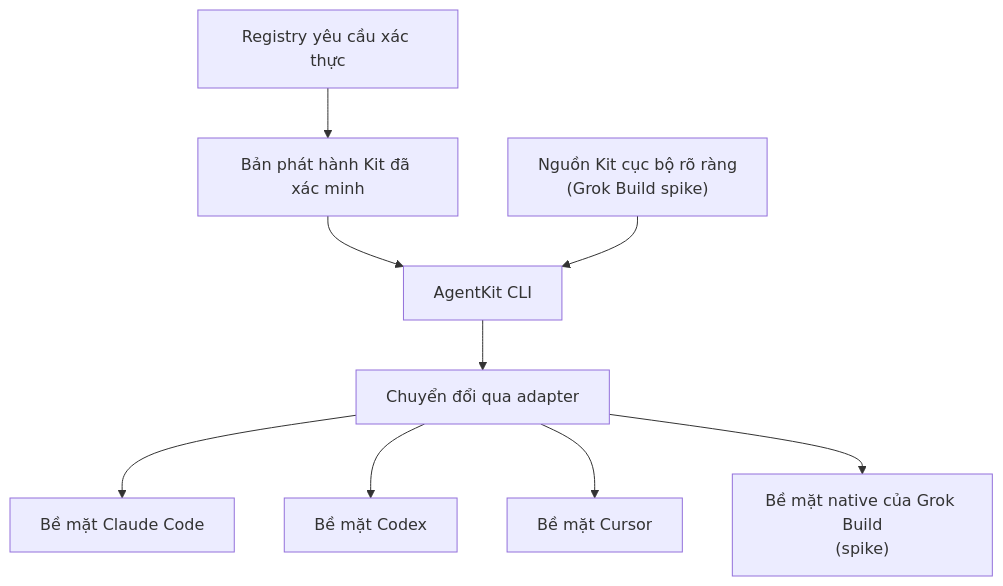
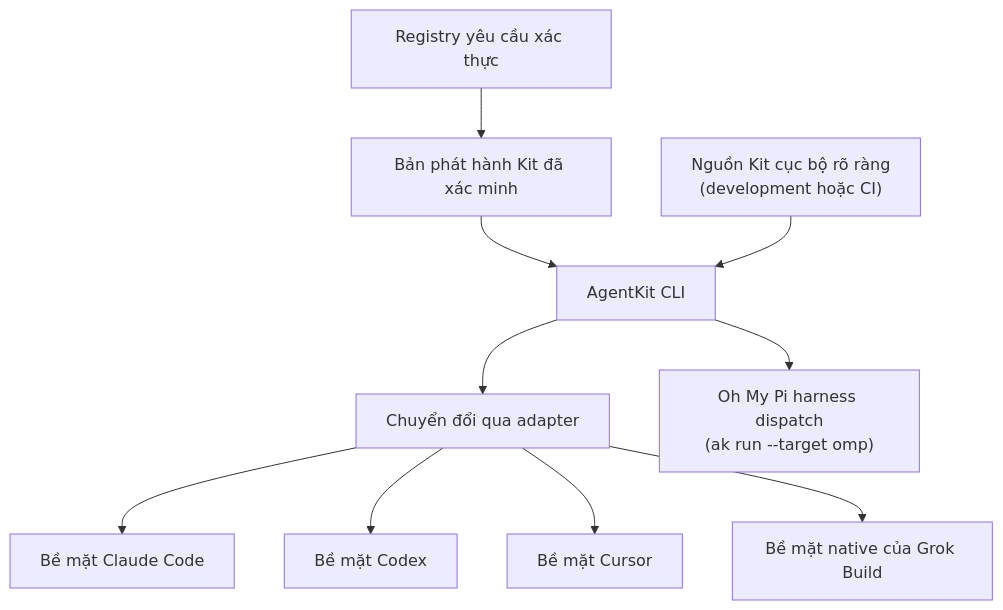
The diagram in content/docs/beta/concepts/architecture.vi.mdx (bestagentkits/agentkit-docs), drawn with Mermaid before and after one commit. The commit also changed other lines of this file and 62 other files, not shown here.

````diff
--- a/content/docs/beta/concepts/architecture.vi.mdx
+++ b/content/docs/beta/concepts/architecture.vi.mdx
@@ -10,13 +10,14 @@
 ```mermaid
 flowchart TB
   accTitle: Từ nguồn Kit đến các bề mặt runtime
   accDescr: Registry yêu cầu xác thực cung cấp các bản phát hành Kit đã xác minh cho target đã phát hành, còn nguồn cục bộ rõ ràng cung cấp Kit cho target development-only. AgentKit CLI chuyển từng Kit qua runtime adapter.
   registry["Registry yêu cầu xác thực"] --> release["Bản phát hành Kit đã xác minh"]
   release --> cli["AgentKit CLI"]
-  local["Nguồn Kit cục bộ rõ ràng<br/>(Grok Build spike)"] --> cli
+  local["Nguồn Kit cục bộ rõ ràng<br/>(development hoặc CI)"] --> cli
   cli --> adapter["Chuyển đổi qua adapter"]
   adapter --> claude["Bề mặt Claude Code"]
   adapter --> codex["Bề mặt Codex"]
   adapter --> cursor["Bề mặt Cursor"]
-  adapter --> grok["Bề mặt native của Grok Build<br/>(spike)"]
+  adapter --> grok["Bề mặt native của Grok Build"]
+  cli --> omp["Oh My Pi harness dispatch<br/>(ak run --target omp)"]
 ```
````
